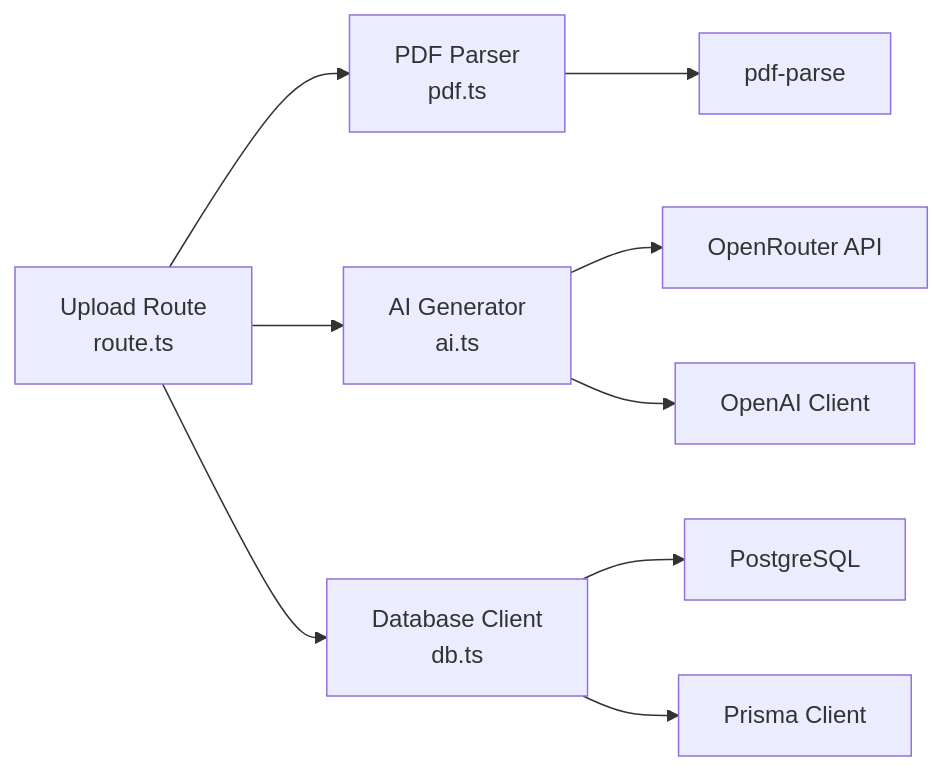
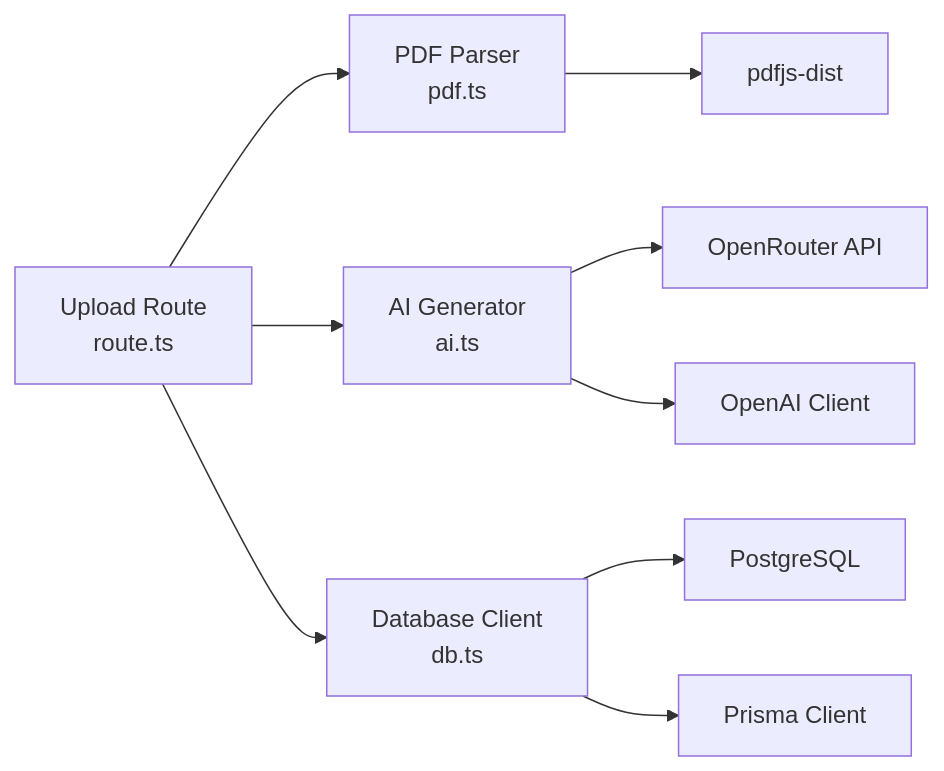
The fourth of 4 diagrams in .qoder/repowiki/en/content/Core Features/PDF Upload and Processing.md (nitish-niraj/cumathassignment), drawn with Mermaid before and after one commit. The commit also changed other lines of this file and 6 other files, not shown here.

Commit message:
Harden pdfjs-dist worker config, fix heatmap hydration and useMemo

````diff
--- a/.qoder/repowiki/en/content/Core Features/PDF Upload and Processing.md
+++ b/.qoder/repowiki/en/content/Core Features/PDF Upload and Processing.md
@@ -307,11 +323,11 @@
 ```mermaid
 graph LR
 API["Upload Route<br/>route.ts"] --> PDF["PDF Parser<br/>pdf.ts"]
 API --> AI["AI Generator<br/>ai.ts"]
 API --> DB["Database Client<br/>db.ts"]
 AI --> OR["OpenRouter API"]
 DB --> PG["PostgreSQL"]
-PDF --> PP["pdf-parse"]
+PDF --> PP["pdfjs-dist"]
 AI --> OA["OpenAI Client"]
 DB --> PR["Prisma Client"]
 ```
````
